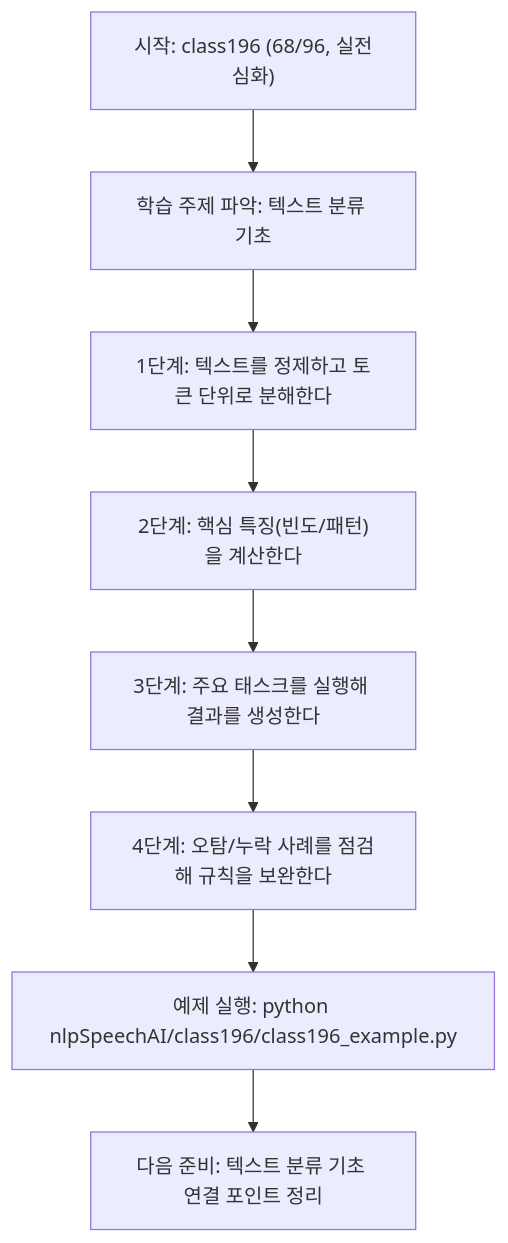
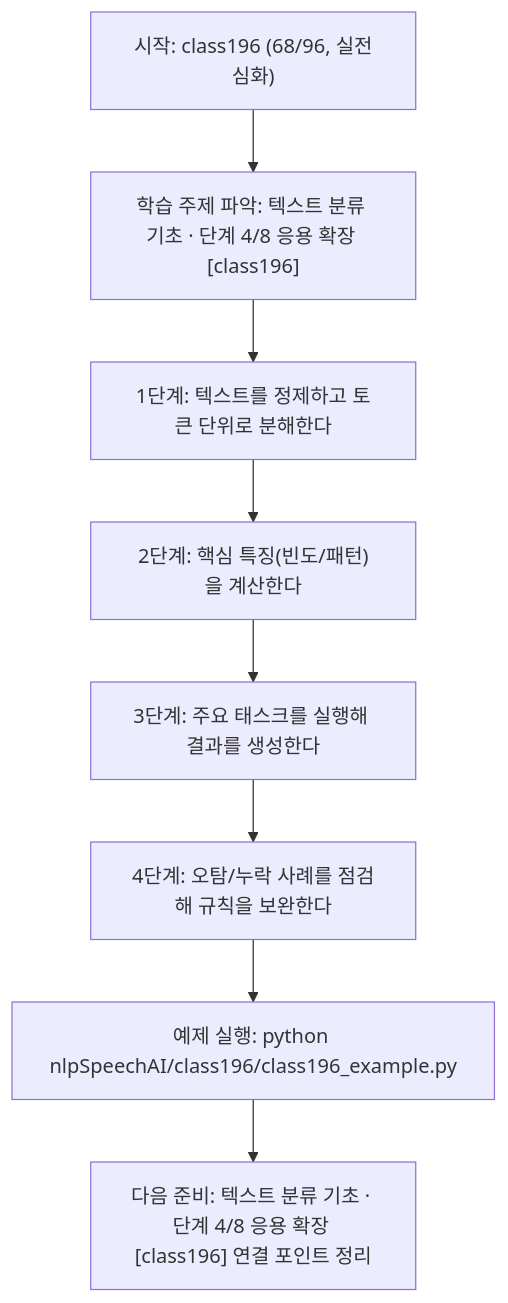
Before and after one commit to edumgt/Python-AI_Agent-Class: the diagram in nlpSpeechAI/class196/class196.md, drawn with Mermaid. The commit also changed other lines of this file and 522 other files, not shown here.

````diff
--- a/nlpSpeechAI/class196/class196.md
+++ b/nlpSpeechAI/class196/class196.md
@@ -113,18 +114,18 @@
 ```mermaid
 flowchart TD
 N1["시작: class196 (68/96, 실전심화)"]
-N2["학습 주제 파악: 텍스트 분류 기초"]
+N2["학습 주제 파악: 텍스트 분류 기초 · 단계 4/8 응용 확장 [class196]"]
 N3["1단계: 텍스트를 정제하고 토큰 단위로 분해한다"]
 N4["2단계: 핵심 특징(빈도/패턴)을 계산한다"]
 N5["3단계: 주요 태스크를 실행해 결과를 생성한다"]
 N6["4단계: 오탐/누락 사례를 점검해 규칙을 보완한다"]
 N7["예제 실행: python nlpSpeechAI/class196/class196_example.py"]
-N8["다음 준비: 텍스트 분류 기초 연결 포인트 정리"]
+N8["다음 준비: 텍스트 분류 기초 · 단계 4/8 응용 확장 [class196] 연결 포인트 정리"]
 N1 --> N2
 N2 --> N3
 N3 --> N4
 N4 --> N5
 N5 --> N6
 N6 --> N7
 N7 --> N8
 ```
````
